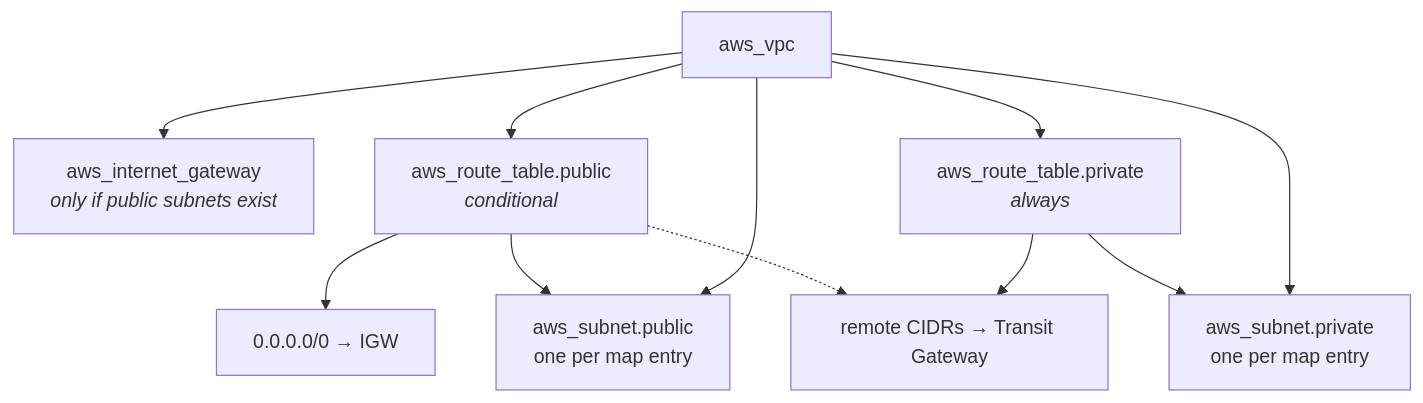
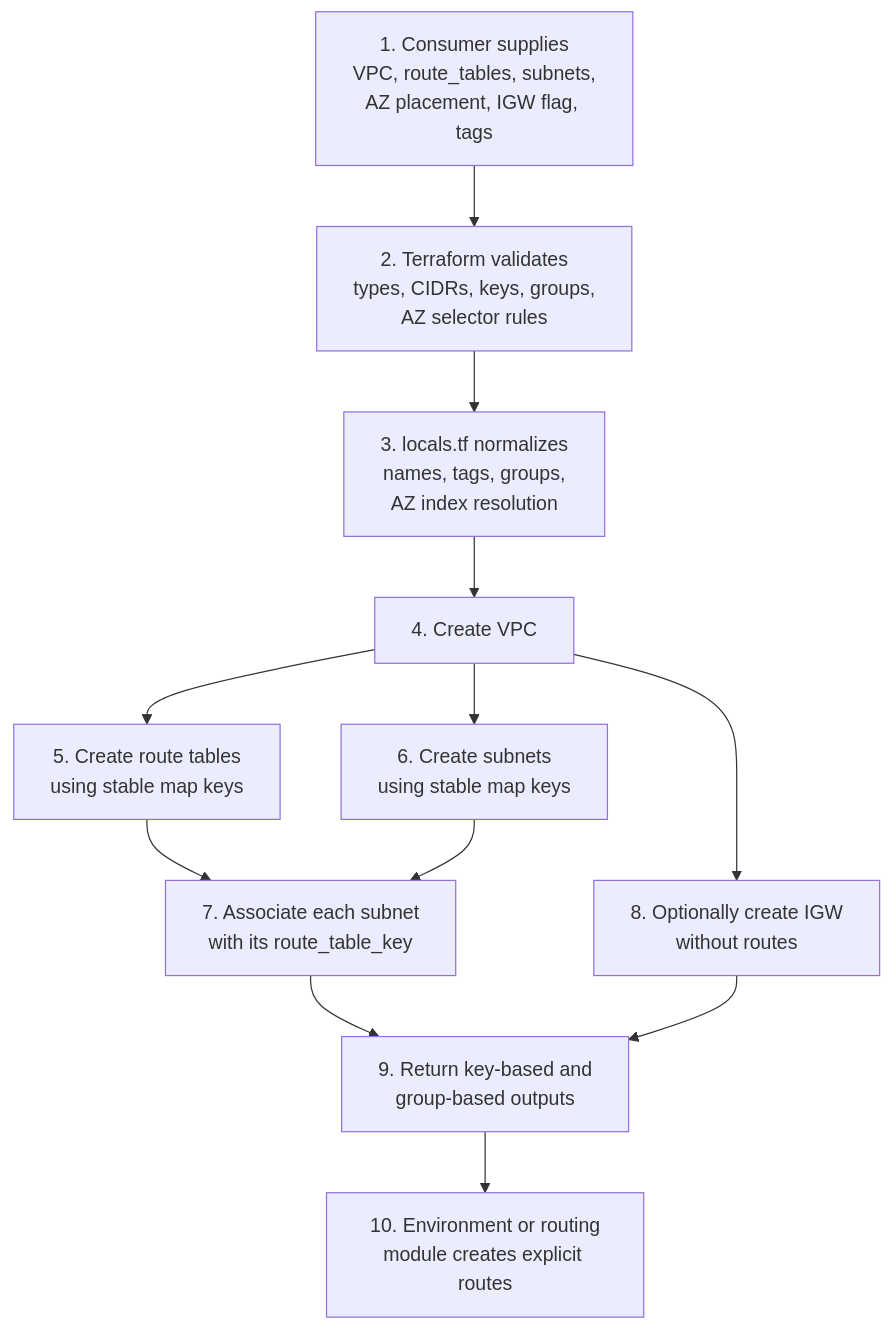
Before and after one commit to CloudDevops2789/terraform_modules: the third of 10 diagrams in terraform/modules/vpc/README.md, drawn with Mermaid. The commit also changed other lines of this file and 53 other files, not shown here.

````diff
--- a/terraform/modules/vpc/README.md
+++ b/terraform/modules/vpc/README.md
@@ -11,26 +369,34 @@
 ```mermaid
-flowchart TB
-    VPC["aws_vpc"]
+flowchart TD
+    INPUTS["1. Consumer supplies<br/>VPC, route_tables, subnets,<br/>AZ placement, IGW flag, tags"]
 
-    IGW["aws_internet_gateway<br/><i>only if public subnets exist</i>"]
-    PubRT["aws_route_table.public<br/><i>conditional</i>"]
-    PrivRT["aws_route_table.private<br/><i>always</i>"]
+    VALIDATE["2. Terraform validates<br/>types, CIDRs, keys, groups,<br/>AZ selector rules"]
 
-    PubSub["aws_subnet.public<br/>one per map entry"]
-    PrivSub["aws_subnet.private<br/>one per map entry"]
+    NORMALIZE["3. locals.tf normalizes<br/>names, tags, groups,<br/>AZ index resolution"]
 
-    DefRoute["0.0.0.0/0 → IGW"]
-    TGWRoutes["remote CIDRs → Transit Gateway"]
+    VPC["4. Create VPC"]
 
+    RTS["5. Create route tables<br/>using stable map keys"]
+
+    SUBNETS["6. Create subnets<br/>using stable map keys"]
+
+    ASSOC["7. Associate each subnet<br/>with its route_table_key"]
+
+    IGW["8. Optionally create IGW<br/>without routes"]
+
+    OUTPUTS["9. Return key-based and<br/>group-based outputs"]
+
+    ROUTES["10. Environment or routing<br/>module creates explicit routes"]
+
+    INPUTS --> VALIDATE
+    VALIDATE --> NORMALIZE
+    NORMALIZE --> VPC
+    VPC --> RTS
+    VPC --> SUBNETS
+    RTS --> ASSOC
+    SUBNETS --> ASSOC
     VPC --> IGW
-    VPC --> PubRT
-    VPC --> PrivRT
-    VPC --> PubSub
-    VPC --> PrivSub
-
-    PubRT --> DefRoute
-    PubRT --> PubSub
-    PrivRT --> PrivSub
-    PrivRT --> TGWRoutes
-    PubRT -.-> TGWRoutes
+    ASSOC --> OUTPUTS
+    IGW --> OUTPUTS
+    OUTPUTS --> ROUTES
 ```
````
